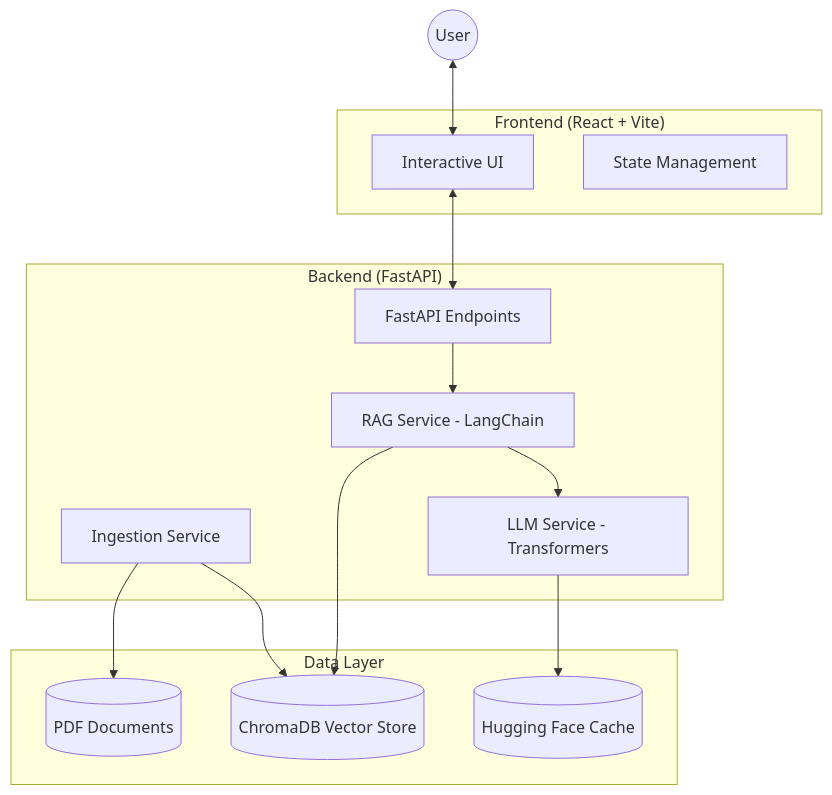
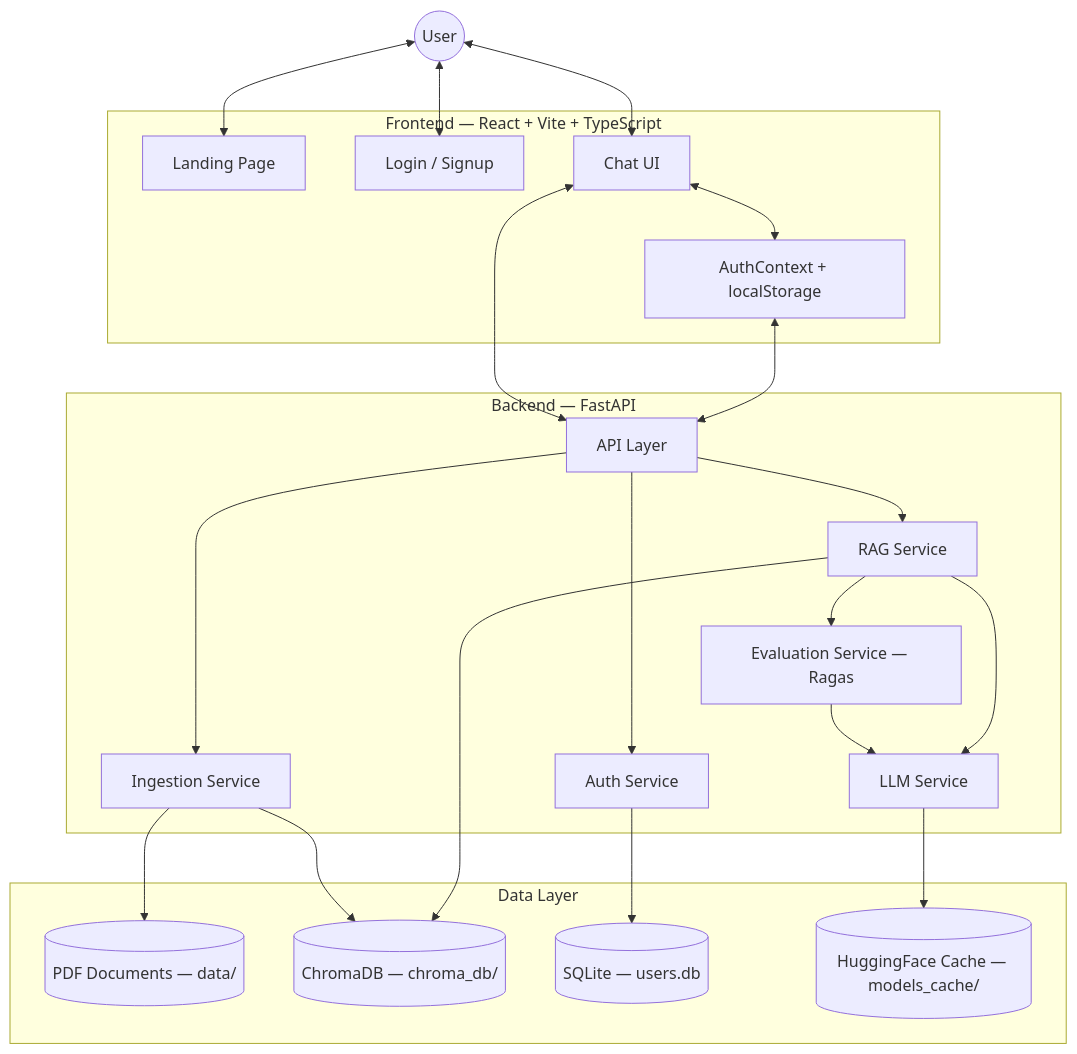
Before and after one commit to yhimanshu22/med_assistant_rag: the first of 4 diagrams in architecture_overview.md, drawn with Mermaid. The commit also changed other lines of this file, not shown here.

````diff
--- a/architecture_overview.md
+++ b/architecture_overview.md
@@ -7,30 +9,46 @@
 ```mermaid
 graph TD
     User((User))
-    subgraph "Frontend (React + Vite)"
-        UI[Interactive UI]
-        State[State Management]
+
+    subgraph "Frontend — React + Vite + TypeScript"
+        Landing[Landing Page]
+        Auth[Login / Signup]
+        Chat[Chat UI]
+        AuthCtx[AuthContext + localStorage]
     end
 
-    subgraph "Backend (FastAPI)"
-        API[FastAPI Endpoints]
-        RAG[RAG Service - LangChain]
-        LLM[LLM Service - Transformers]
+    subgraph "Backend — FastAPI"
+        API[API Layer]
+        AuthSvc[Auth Service]
+        RAG[RAG Service]
         Ingest[Ingestion Service]
+        Eval[Evaluation Service — Ragas]
+        LLM[LLM Service]
     end
 
     subgraph "Data Layer"
-        PDFs[(PDF Documents)]
-        Chroma[(ChromaDB Vector Store)]
-        Cache[(Hugging Face Cache)]
+        PDFs[(PDF Documents — data/)]
+        Chroma[(ChromaDB — chroma_db/)]
+        SQLite[(SQLite — users.db)]
+        Cache[(HuggingFace Cache — models_cache/)]
     end
 
-    User <--> UI
-    UI <--> API
+    User <--> Landing
+    User <--> Auth
+    User <--> Chat
+    Chat <--> AuthCtx
+    AuthCtx <--> API
+    Chat <--> API
+
+    API --> AuthSvc
     API --> RAG
+    API --> Ingest
+    AuthSvc --> SQLite
     RAG --> Chroma
     RAG --> LLM
+    RAG --> Eval
+    Eval --> LLM
     Ingest --> PDFs
     Ingest --> Chroma
     LLM --> Cache
 ```
````
